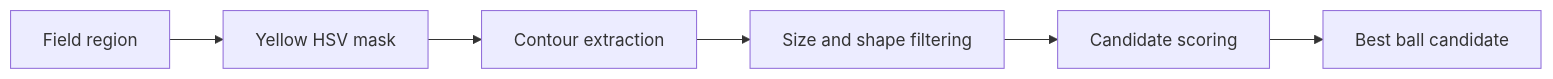
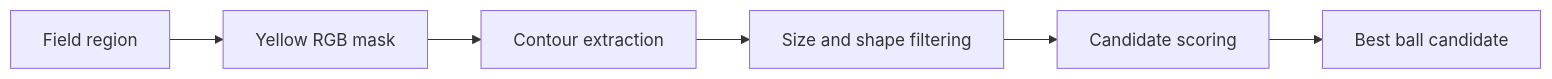
The second of 3 diagrams in README.md (maximedrn/foosball-tracking), drawn with Mermaid before and after one commit. The commit also changed other lines of this file and 10 other files, not shown here.

````diff
--- a/README.md
+++ b/README.md
@@ -77,8 +77,8 @@
 ```mermaid
 flowchart LR
-    A[Field region] --> B[Yellow HSV mask]
+    A[Field region] --> B[Yellow RGB mask]
     B --> C[Contour extraction]
     C --> D[Size and shape filtering]
     D --> E[Candidate scoring]
     E --> F[Best ball candidate]
 ```
````
